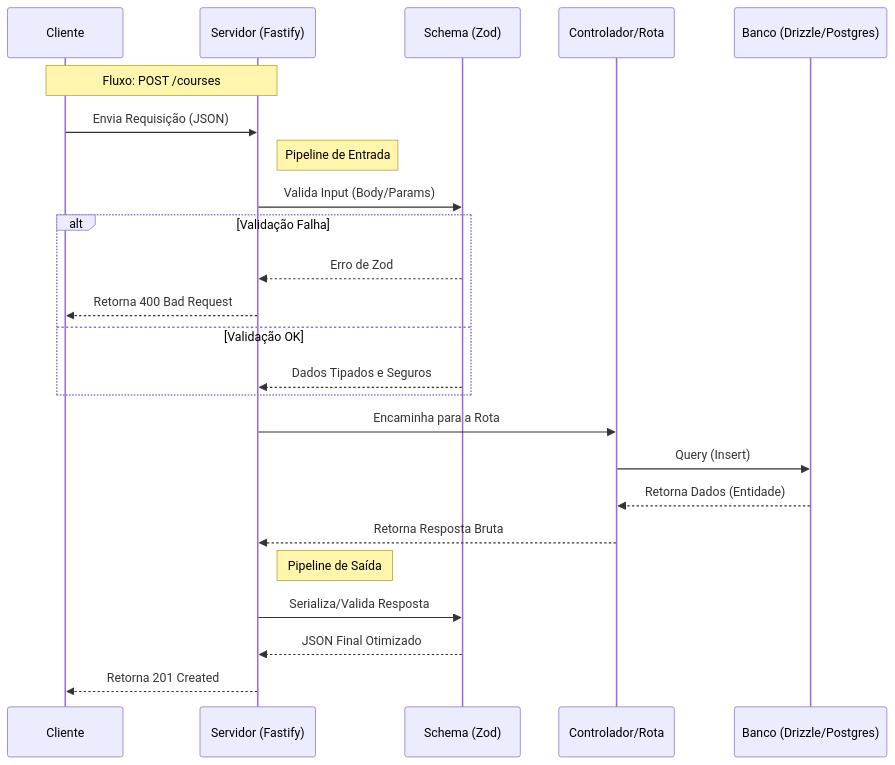
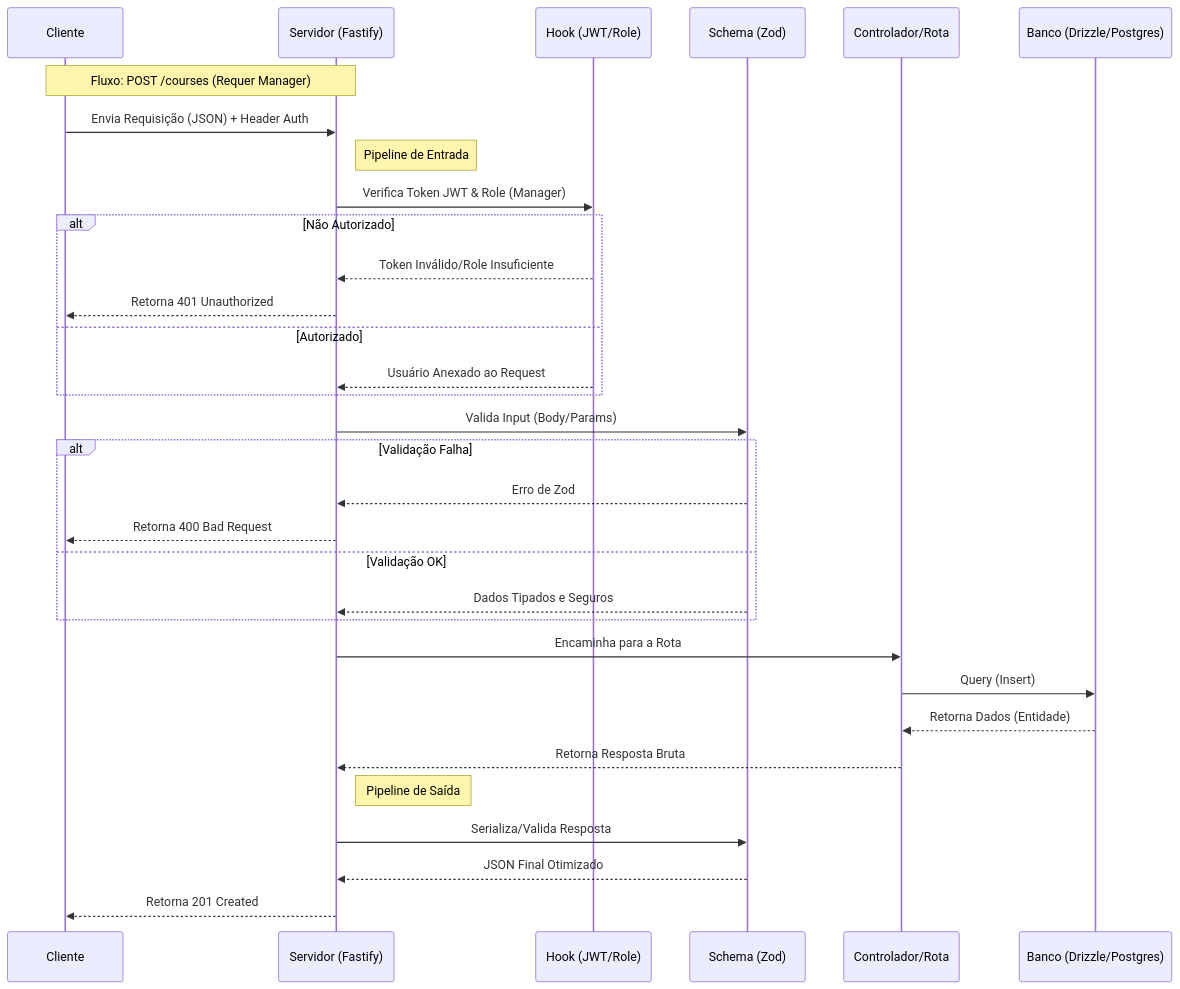
The diagram in README.md (keroldias123/api-nodejs), drawn with Mermaid before and after one commit. The commit also changed other lines of this file, not shown here.

````diff
--- a/README.md
+++ b/README.md
@@ -130,35 +180,45 @@
 ```mermaid
 sequenceDiagram
     participant Client as Cliente
     participant Server as Servidor (Fastify)
+    participant Auth as Hook (JWT/Role)
     participant Sch as Schema (Zod)
     participant Ctrl as Controlador/Rota
     participant DB as Banco (Drizzle/Postgres)
 
-    Note over Client, Server: Fluxo: POST /courses
+    Note over Client, Server: Fluxo: POST /courses (Requer Manager)
 
-    Client->>Server: Envia Requisição (JSON)
+    Client->>Server: Envia Requisição (JSON) + Header Auth
 
     Note right of Server: Pipeline de Entrada
+    Server->>Auth: Verifica Token JWT & Role (Manager)
+
+    alt Não Autorizado
+        Auth-->>Server: Token Inválido/Role Insuficiente
+        Server-->>Client: Retorna 401 Unauthorized
+    else Autorizado
+        Auth-->>Server: Usuário Anexado ao Request
+    end
+
     Server->>Sch: Valida Input (Body/Params)
 
     alt Validação Falha
         Sch-->>Server: Erro de Zod
         Server-->>Client: Retorna 400 Bad Request
     else Validação OK
         Sch-->>Server: Dados Tipados e Seguros
     end
 
     Server->>Ctrl: Encaminha para a Rota
 
     Ctrl->>DB: Query (Insert)
     DB-->>Ctrl: Retorna Dados (Entidade)
 
     Ctrl-->>Server: Retorna Resposta Bruta
 
     Note right of Server: Pipeline de Saída
     Server->>Sch: Serializa/Valida Resposta
     Sch-->>Server: JSON Final Otimizado
 
     Server-->>Client: Retorna 201 Created
 ```
````
